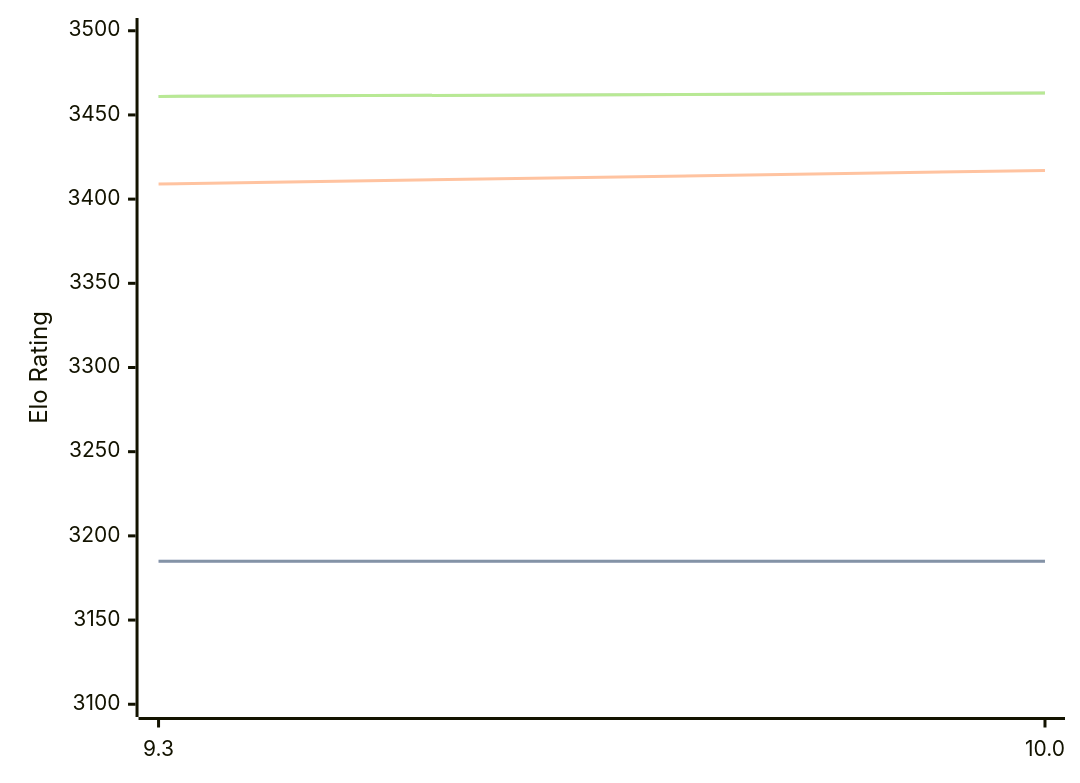
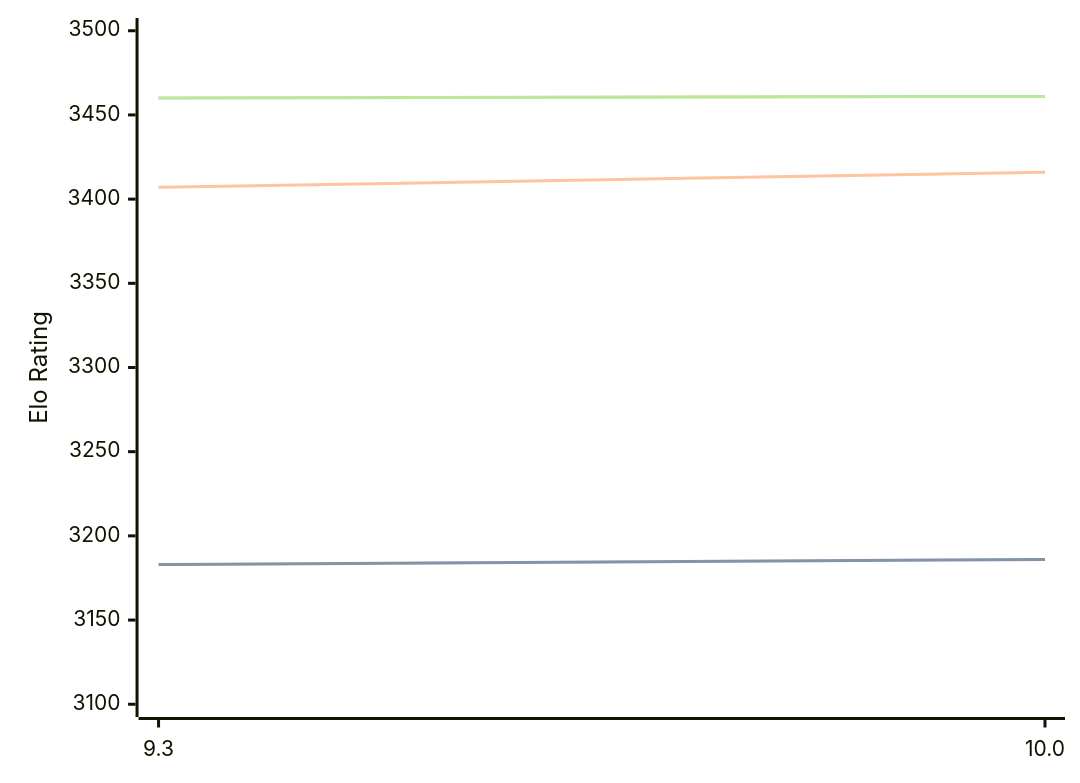
One commit to computer-chess-index/cci changed the diagram in engines/Fire.md. Above: the diagram before and after it, drawn with Mermaid. The commit also changed other lines of this file, not shown here.

Commit message:
Update CCI Ratings (ELO VLTC) - 2026-03-17

````diff
--- a/engines/Fire.md
+++ b/engines/Fire.md
@@ -45,11 +45,11 @@
 ```mermaid
 %%{init: {"theme":"base","themeVariables":{"seriesColors:['#a3a3a3','#222221','#faa371']}}}%%
 xychart-beta
   x-axis ["9.3", "10.0"]
   y-axis "Elo Rating" 3100 --> 3500
-  line "STC (8.0+0.08s)" [3185, 3185]
-  line "STC (8.0+0.08s)" [3185, 3185]
-  line "LTC (60.0+0.60s)" [3409, 3417]
-  line "VLTC (2m24s+1.12s)" [3461, 3463]
-  line "VLTC (2m24s+1.12s)" [3461, 3463]
+  line "STC (8.0+0.08s)" [3183, 3186]
+  line "STC (8.0+0.08s)" [3183, 3186]
+  line "LTC (60.0+0.60s)" [3407, 3416]
+  line "VLTC (2m24s+1.12s)" [3460, 3461]
+  line "VLTC (2m24s+1.12s)" [3460, 3461]
 ```
````
